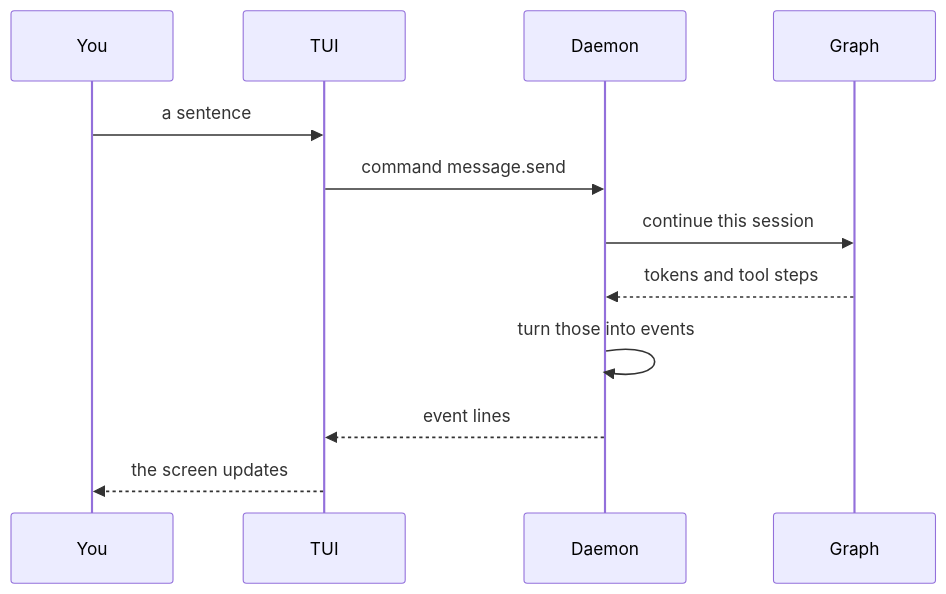
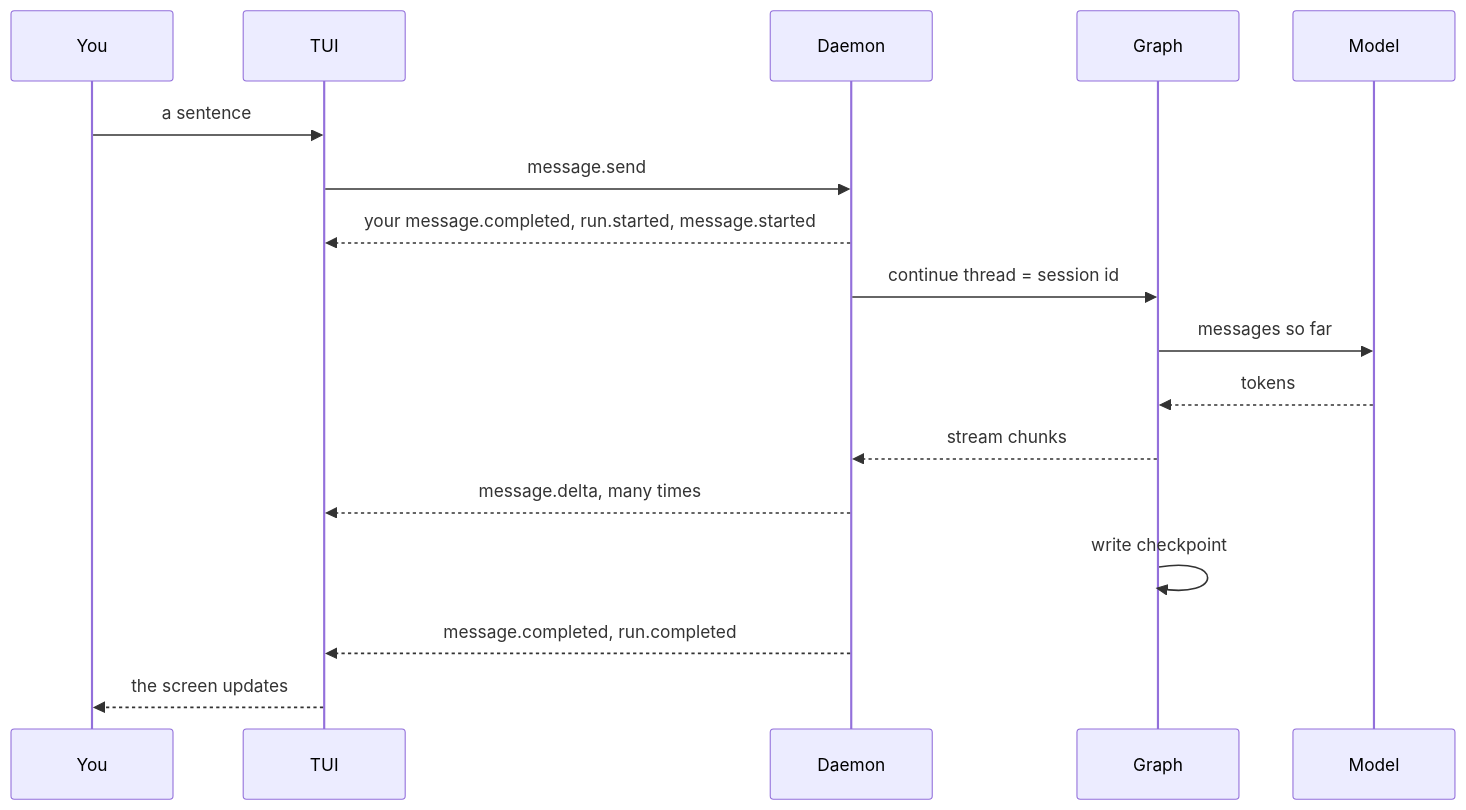
One commit to MilanPavel/golem changed the second of 3 diagrams in docs/architecture.md. Above: the diagram before and after it, drawn with Mermaid. The commit also changed other lines of this file and 1 other file, not shown here.

Commit message:
Update architecture docs.

````diff
--- a/docs/architecture.md
+++ b/docs/architecture.md
@@ -69,14 +121,19 @@
 ```mermaid
 sequenceDiagram
   participant You
   participant TUI
-  participant Daemon as Daemon
-  participant Graph as Graph
+  participant Daemon
+  participant Graph
+  participant Model
   You->>TUI: a sentence
-  TUI->>Daemon: command message.send
-  Daemon->>Graph: continue this session
-  Graph-->>Daemon: tokens and tool steps
-  Daemon->>Daemon: turn those into events
-  Daemon-->>TUI: event lines
+  TUI->>Daemon: message.send
+  Daemon-->>TUI: your message.completed, run.started, message.started
+  Daemon->>Graph: continue thread = session id
+  Graph->>Model: messages so far
+  Model-->>Graph: tokens
+  Graph-->>Daemon: stream chunks
+  Daemon-->>TUI: message.delta, many times
+  Graph->>Graph: write checkpoint
+  Daemon-->>TUI: message.completed, run.completed
   TUI-->>You: the screen updates
 ```
````
